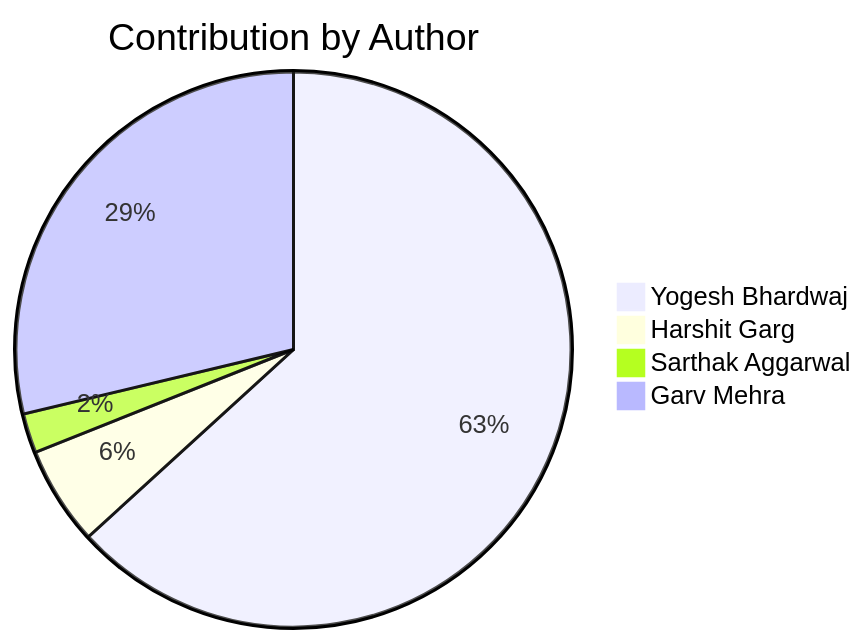
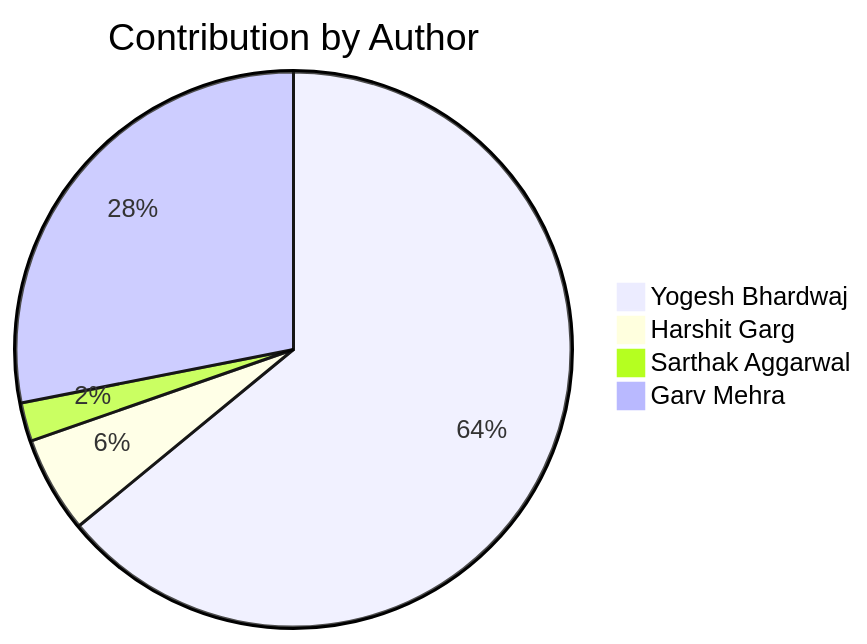
Before and after one commit to Yogesh-Bhardwaj-hue/Scm-Final_2.0: the diagram in README.md, drawn with Mermaid. The commit also changed other lines of this file, not shown here.

Commit message:
Update contribution charts

````diff
--- a/README.md
+++ b/README.md
@@ -161,7 +161,7 @@
 ```mermaid
 pie title Contribution by Author
-    "Yogesh Bhardwaj": 55
+    "Yogesh Bhardwaj": 57
     "Harshit Garg": 5
     "Sarthak Aggarwal": 2
     "Garv Mehra": 25
 ```
````
